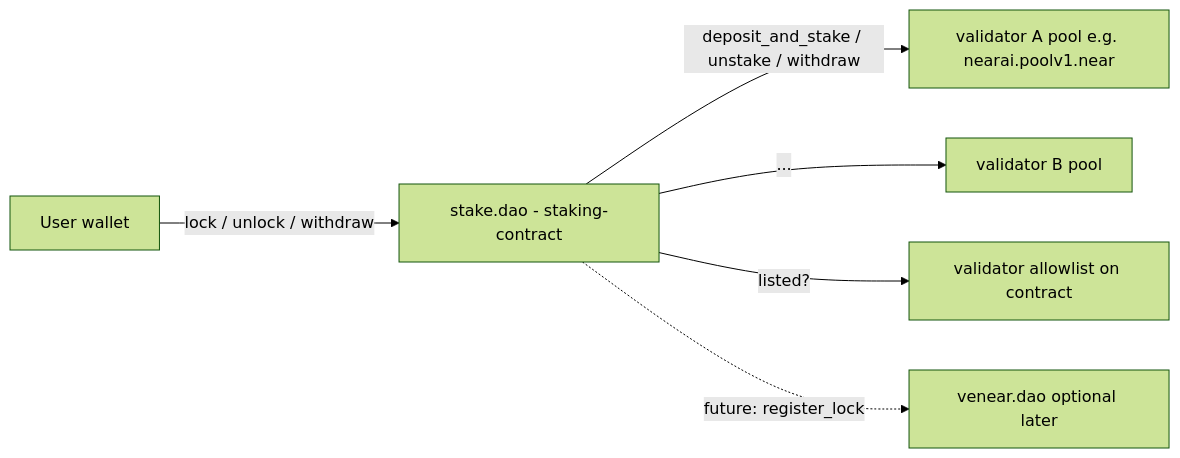
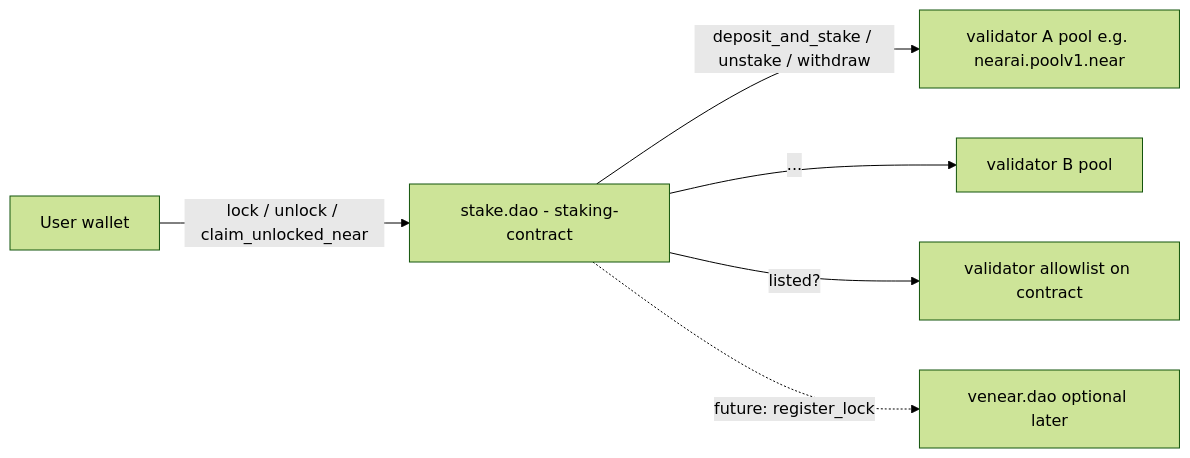
One commit to nearai/house-of-stake-contracts changed the diagram in staking-contract/docs/DESIGN.md. Above: the diagram before and after it, drawn with Mermaid (forest theme). The commit also changed other lines of this file and 34 other files, not shown here.

````diff
--- a/staking-contract/docs/DESIGN.md
+++ b/staking-contract/docs/DESIGN.md
@@ -27,15 +28,15 @@
 ```mermaid
 flowchart LR
     user[User wallet]
     stakeDao[stake.dao - staking-contract]
     allowlist[validator allowlist on contract]
     poolA[validator A pool e.g. nearai.poolv1.near]
     poolB[validator B pool]
     venearDao[venear.dao optional later]
 
-    user -- "lock / unlock / withdraw" --> stakeDao
+    user -- "lock / unlock / claim_unlocked_near" --> stakeDao
     stakeDao -- "deposit_and_stake / unstake / withdraw" --> poolA
     stakeDao -- "..." --> poolB
     stakeDao -- "listed?" --> allowlist
     stakeDao -. "future: register_lock" .-> venearDao
 ```
````
